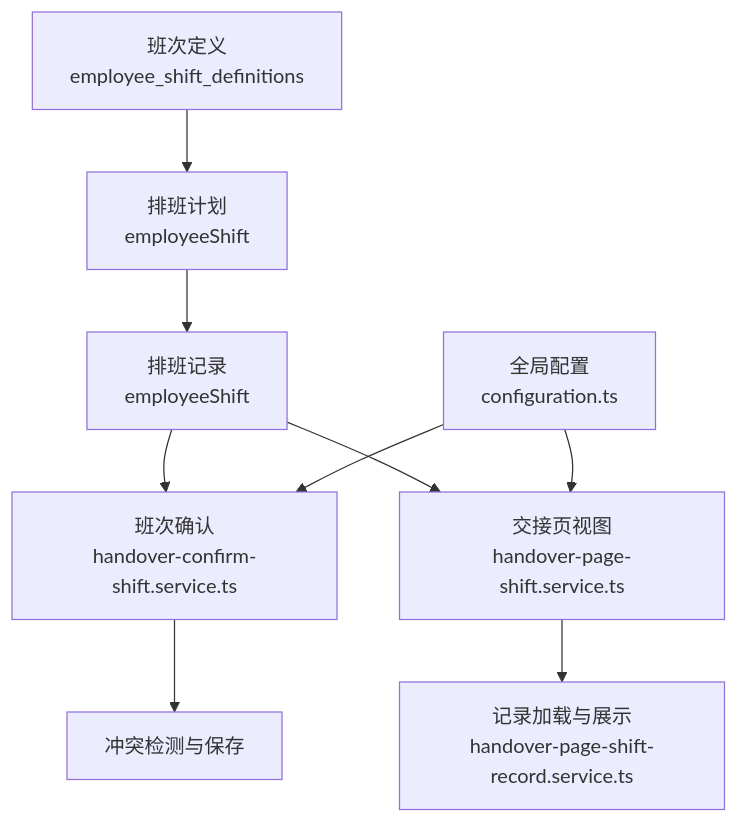
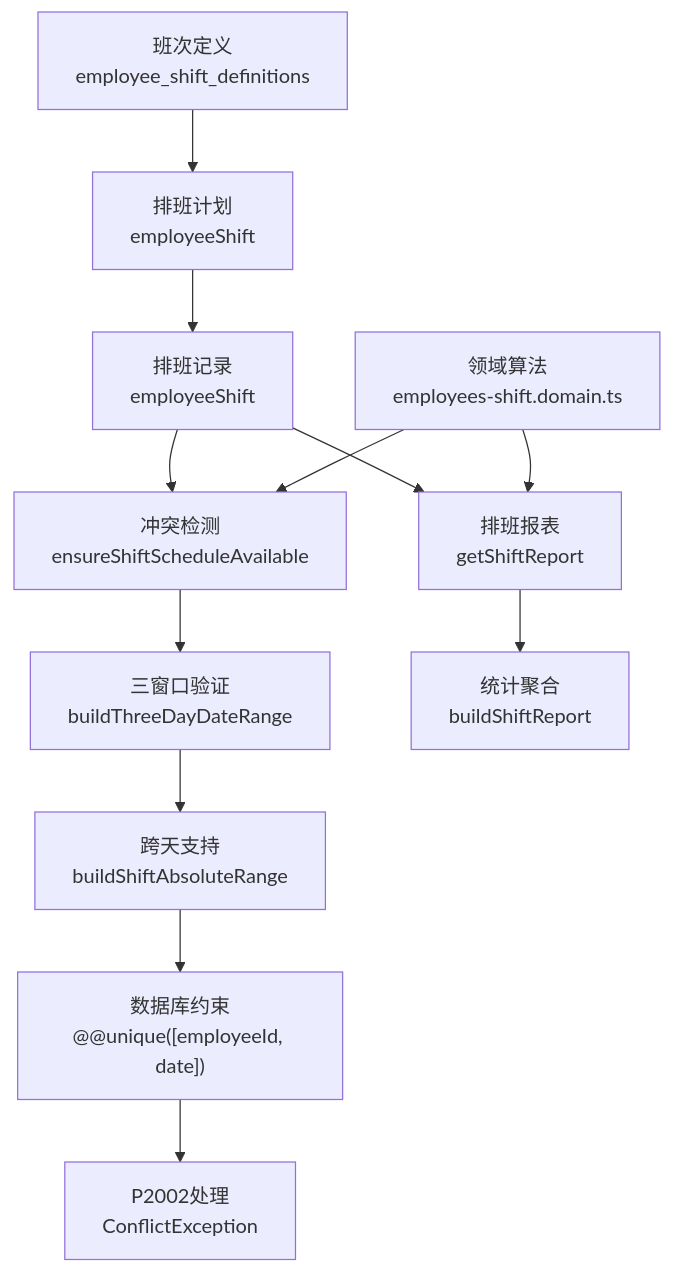
One commit to rc558620/purelyprofit-server changed the second of 6 diagrams in .qoder/repowiki/zh/content/业务模块/员工管理模块/员工排班管理.md. Above: the diagram before and after it, drawn with Mermaid. The commit also changed other lines of this file and 78 other files, not shown here.

````diff
--- a/.qoder/repowiki/zh/content/业务模块/员工管理模块/员工排班管理.md
+++ b/.qoder/repowiki/zh/content/业务模块/员工管理模块/员工排班管理.md
@@ -99,11 +110,14 @@
 ```mermaid
 graph TB
 A["班次定义<br/>employee_shift_definitions"] --> B["排班计划<br/>employeeShift"]
 B --> C["排班记录<br/>employeeShift"]
-C --> D["班次确认<br/>handover-confirm-shift.service.ts"]
-D --> E["冲突检测与保存"]
-C --> F["交接页视图<br/>handover-page-shift.service.ts"]
-F --> G["记录加载与展示<br/>handover-page-shift-record.service.ts"]
-H["全局配置<br/>configuration.ts"] --> F
-H --> D
+C --> D["冲突检测<br/>ensureShiftScheduleAvailable"]
+D --> E["三窗口验证<br/>buildThreeDayDateRange"]
+E --> F["跨天支持<br/>buildShiftAbsoluteRange"]
+F --> G["数据库约束<br/>@@unique([employeeId, date])"]
+G --> H["P2002处理<br/>ConflictException"]
+C --> I["排班报表<br/>getShiftReport"]
+I --> J["统计聚合<br/>buildShiftReport"]
+K["领域算法<br/>employees-shift.domain.ts"] --> D
+K --> I
 ```
````
